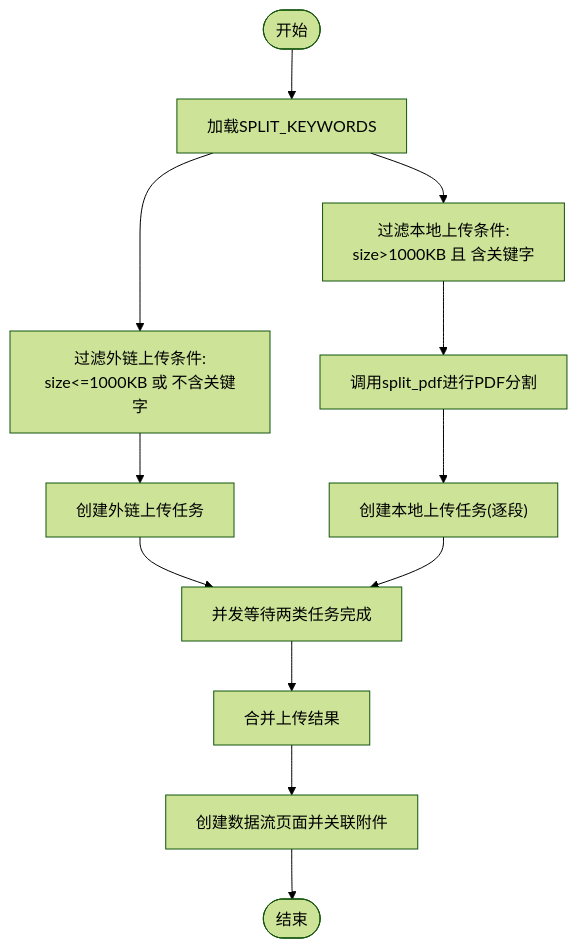
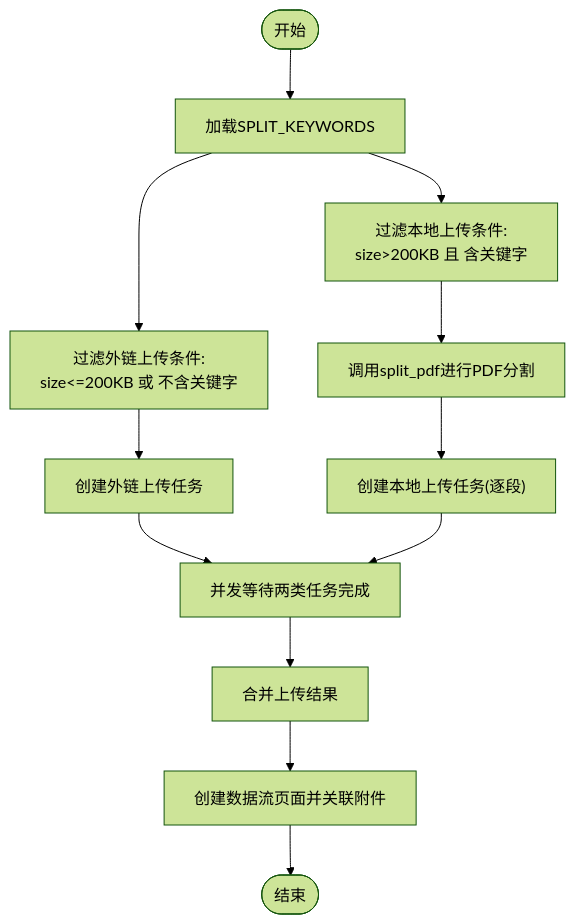
One commit to iverwong/DataLife changed the third of 6 diagrams in .qoder/repowiki/zh/content/核心模块详解/公告数据处理模块/文件处理策略.md. Above: the diagram before and after it, drawn with Mermaid (forest theme). The commit also changed other lines of this file and 14 other files, not shown here.

````diff
--- a/.qoder/repowiki/zh/content/核心模块详解/公告数据处理模块/文件处理策略.md
+++ b/.qoder/repowiki/zh/content/核心模块详解/公告数据处理模块/文件处理策略.md
@@ -129,14 +137,14 @@
 ```mermaid
 flowchart TD
 Start(["开始"]) --> LoadConfig["加载SPLIT_KEYWORDS"]
-LoadConfig --> FilterExt["过滤外链上传条件:<br/>size<=1000KB 或 不含关键字"]
-LoadConfig --> FilterInt["过滤本地上传条件:<br/>size>1000KB 且 含关键字"]
+LoadConfig --> FilterExt["过滤外链上传条件:<br/>size<=200KB 或 不含关键字"]
+LoadConfig --> FilterInt["过滤本地上传条件:<br/>size>200KB 且 含关键字"]
 FilterExt --> ExtTask["创建外链上传任务"]
 FilterInt --> Split["调用split_pdf进行PDF分割"]
 Split --> IntTask["创建本地上传任务(逐段)"]
 ExtTask --> Wait["并发等待两类任务完成"]
 IntTask --> Wait
 Wait --> Merge["合并上传结果"]
 Merge --> CreatePage["创建数据流页面并关联附件"]
 CreatePage --> End(["结束"])
 ```
````
